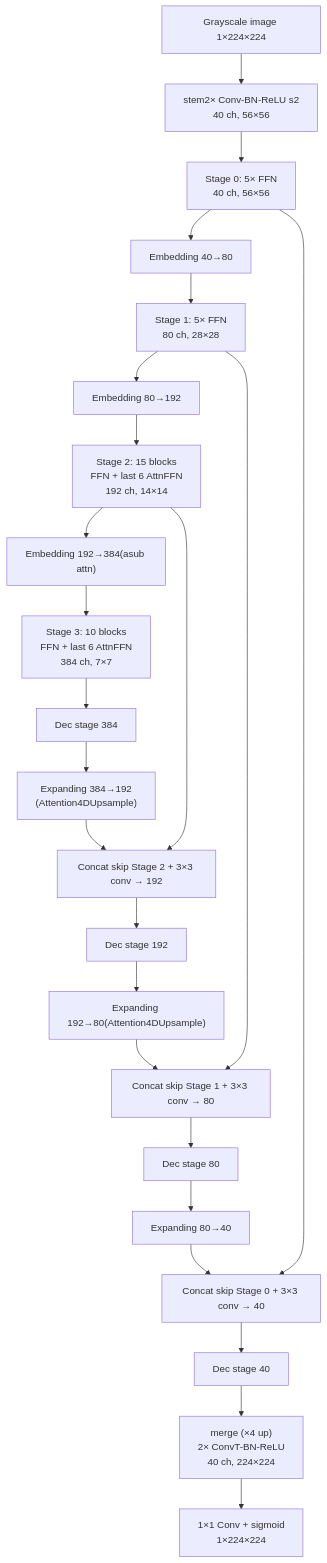
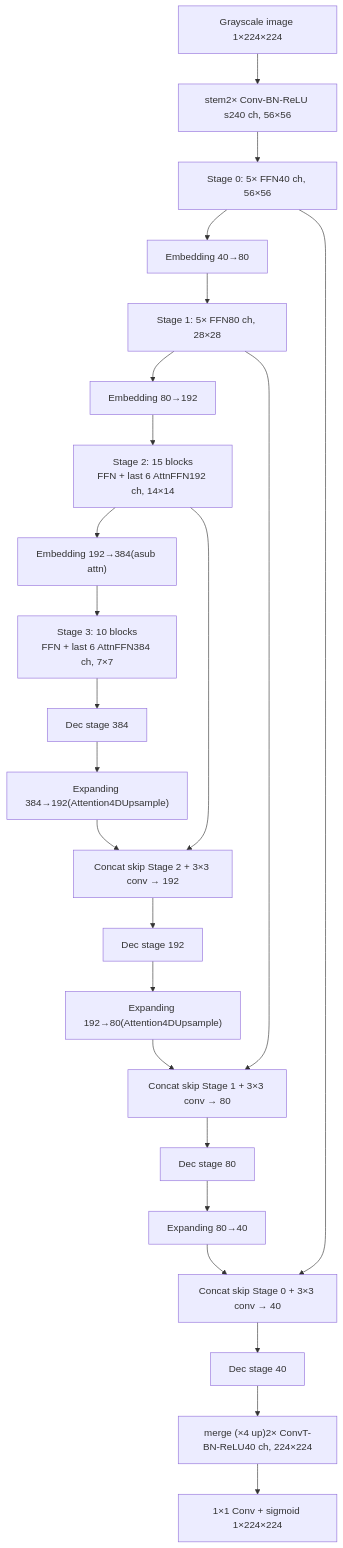
One commit to Kornblith-Lab/US-AbdomenSeg changed the diagram in weights_files/evit_unet/architecture.md. Above: the diagram before and after it, drawn with Mermaid. The commit also changed other lines of this file, not shown here.

Commit message:
Updated architecture file for evit unet

````diff
--- a/weights_files/evit_unet/architecture.md
+++ b/weights_files/evit_unet/architecture.md
@@ -48,37 +39,28 @@
 ```mermaid
 flowchart TB
-I["Grayscale image 1×224×224"] --> S["stem2× Conv-BN-ReLU s2
-40 ch, 56×56"]
-S --> E0["Stage 0: 5× FFN
-40 ch, 56×56"]
+I["Grayscale image 1×224×224"] --> S["stem2× Conv-BN-ReLU s240 ch, 56×56"]
+S --> E0["Stage 0: 5× FFN40 ch, 56×56"]
 E0 --> D01["Embedding 40→80"]
-D01 --> E1["Stage 1: 5× FFN
-80 ch, 28×28"]
+D01 --> E1["Stage 1: 5× FFN80 ch, 28×28"]
 E1 --> D12["Embedding 80→192"]
 D12 --> E2["Stage 2: 15 blocks
-FFN + last 6 AttnFFN
-192 ch, 14×14"]
+FFN + last 6 AttnFFN192 ch, 14×14"]
 E2 --> D23["Embedding 192→384(asub attn)"]
 D23 --> E3["Stage 3: 10 blocks
-FFN + last 6 AttnFFN
-384 ch, 7×7"]
+FFN + last 6 AttnFFN384 ch, 7×7"]
 E3 --> U3["Dec stage 384"]
-U3 --> X2["Expanding 384→192
-(Attention4DUpsample)"]
+U3 --> X2["Expanding 384→192(Attention4DUpsample)"]
 X2 --> C2["Concat skip Stage 2 + 3×3 conv → 192"]
 E2 --> C2
 C2 --> U2["Dec stage 192"]
 U2 --> X1["Expanding 192→80(Attention4DUpsample)"]
 X1 --> C1["Concat skip Stage 1 + 3×3 conv → 80"]
 E1 --> C1
 C1 --> U1["Dec stage 80"]
 U1 --> X0["Expanding 80→40"]
 X0 --> C0["Concat skip Stage 0 + 3×3 conv → 40"]
 E0 --> C0
 C0 --> U0["Dec stage 40"]
-U0 --> M["merge (×4 up)
-2× ConvT-BN-ReLU
-40 ch, 224×224"]
-M --> O["1×1 Conv + sigmoid
-1×224×224"]
+U0 --> M["merge (×4 up)2× ConvT-BN-ReLU40 ch, 224×224"]
+M --> O["1×1 Conv + sigmoid 1×224×224"]
 ```
````
